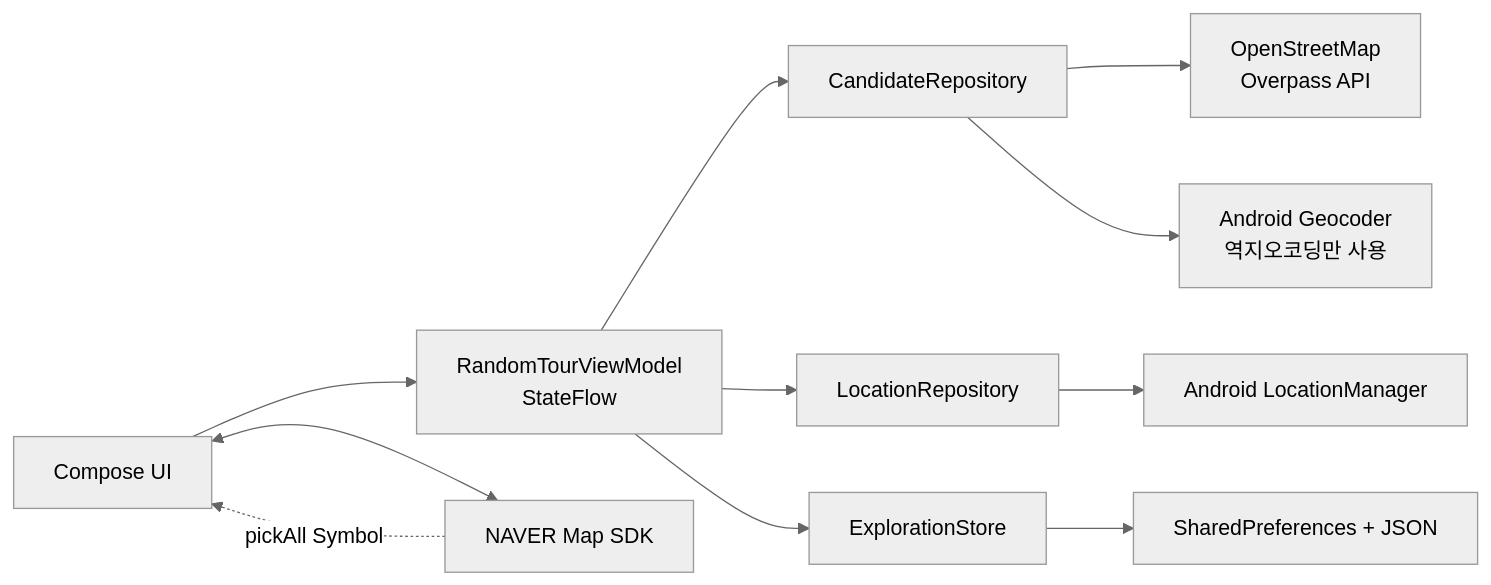
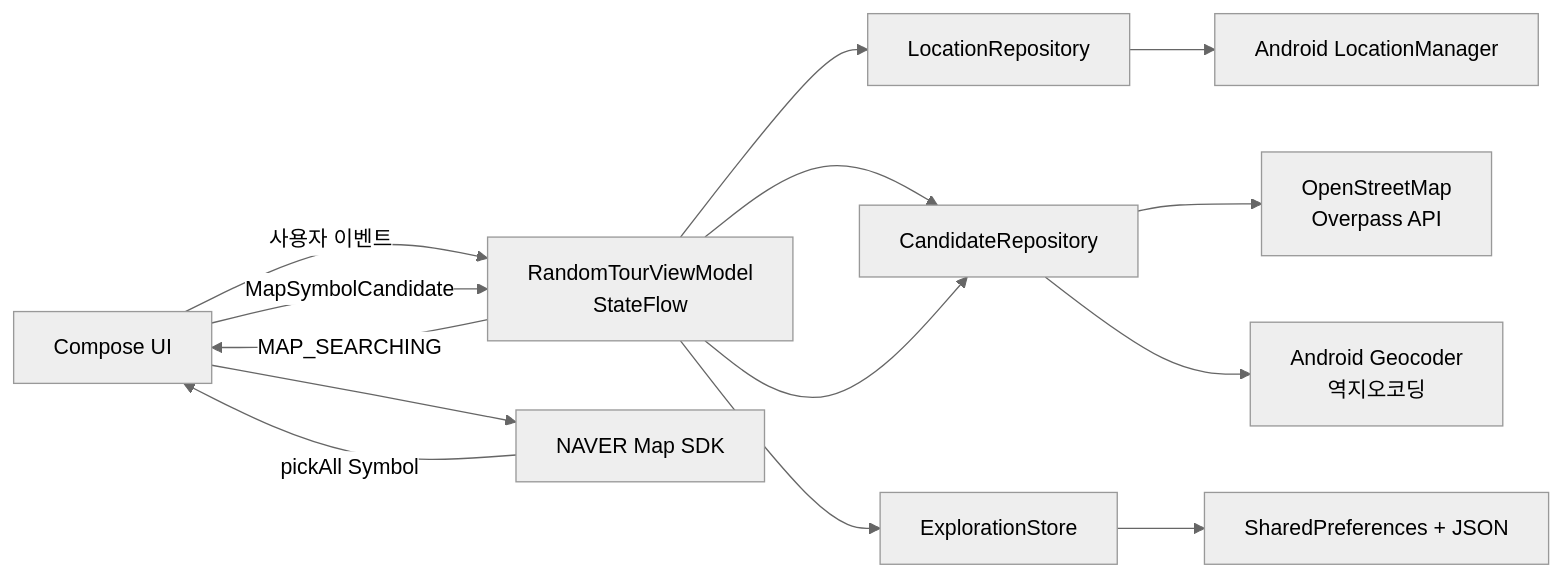
Before and after one commit to chlqudco/RandomTour: the diagram in README.md, drawn with Mermaid (neutral theme). The commit also changed other lines of this file and 1 other file, not shown here.

```diff
--- a/README.md
+++ b/README.md
@@ -114,13 +198,19 @@
 ~~~mermaid
 flowchart LR
-    UI[Compose UI] --> VM[RandomTourViewModel<br/>StateFlow]
-    UI <--> MAP[NAVER Map SDK]
-    MAP -. pickAll Symbol .-> UI
+    UI[Compose UI] -->|사용자 이벤트| VM[RandomTourViewModel<br/>StateFlow]
+    VM --> LOCATION[LocationRepository]
+    LOCATION --> LM[Android LocationManager]
+
     VM --> CANDIDATE[CandidateRepository]
-    VM --> LOCATION[LocationRepository]
+    CANDIDATE --> OVERPASS[OpenStreetMap<br/>Overpass API]
+    CANDIDATE --> GEOCODER[Android Geocoder<br/>역지오코딩]
+
+    VM -->|MAP_SEARCHING| UI
+    UI --> MAP[NAVER Map SDK]
+    MAP -->|pickAll Symbol| UI
+    UI -->|MapSymbolCandidate| VM
+    VM --> CANDIDATE
+
     VM --> STORE[ExplorationStore]
-    CANDIDATE --> OVERPASS[OpenStreetMap<br/>Overpass API]
-    CANDIDATE --> GEOCODER[Android Geocoder<br/>역지오코딩만 사용]
-    LOCATION --> LM[Android LocationManager]
     STORE --> PREF[SharedPreferences + JSON]
 ~~~
```
